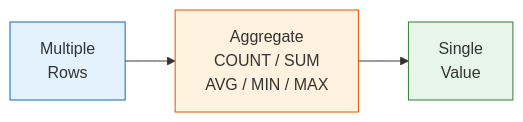
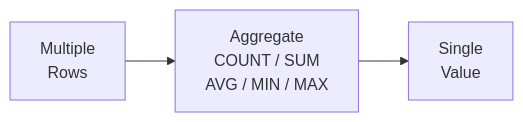
Before and after one commit to civilian7/sql-tutorial: the diagram in docs/en/beginner/04-aggregates.md, drawn with Mermaid. The commit also changed other lines of this file and 101 other files, not shown here.

````diff
--- a/docs/en/beginner/04-aggregates.md
+++ b/docs/en/beginner/04-aggregates.md
@@ -5,7 +5,4 @@
 ```mermaid
 flowchart LR
     T["Multiple\nRows"] --> A["Aggregate\nCOUNT / SUM\nAVG / MIN / MAX"] --> R["Single\nValue"]
-    style T fill:#e3f2fd,stroke:#1565c0
-    style A fill:#fff3e0,stroke:#e65100
-    style R fill:#e8f5e9,stroke:#2e7d32
 ```
````
